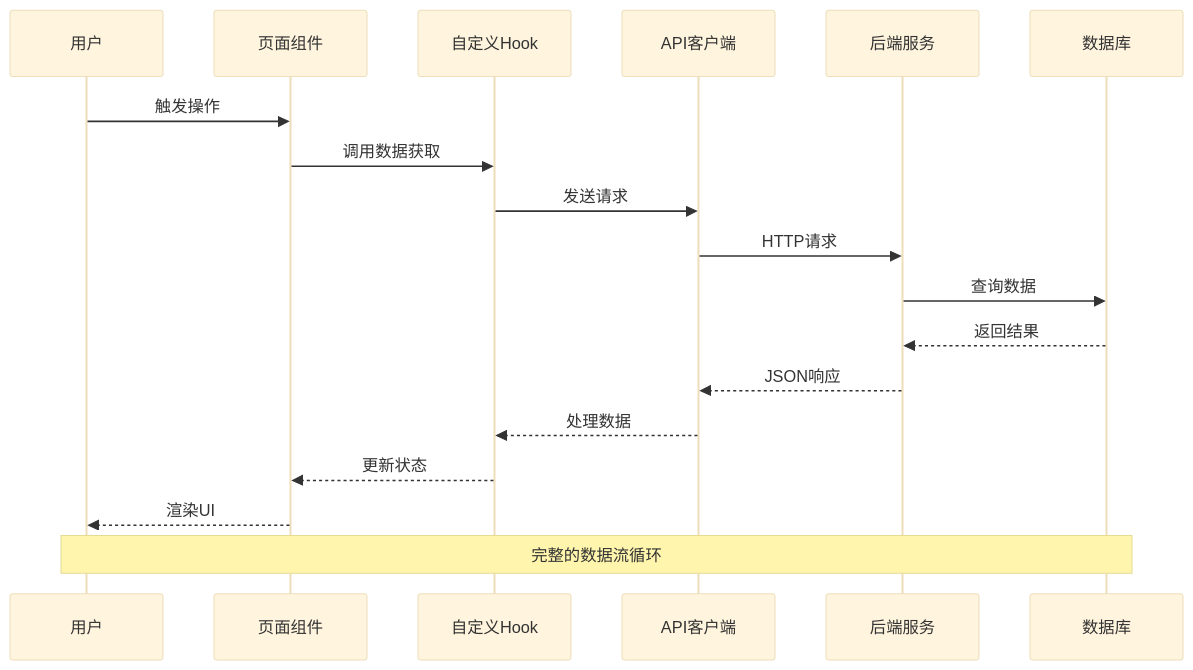
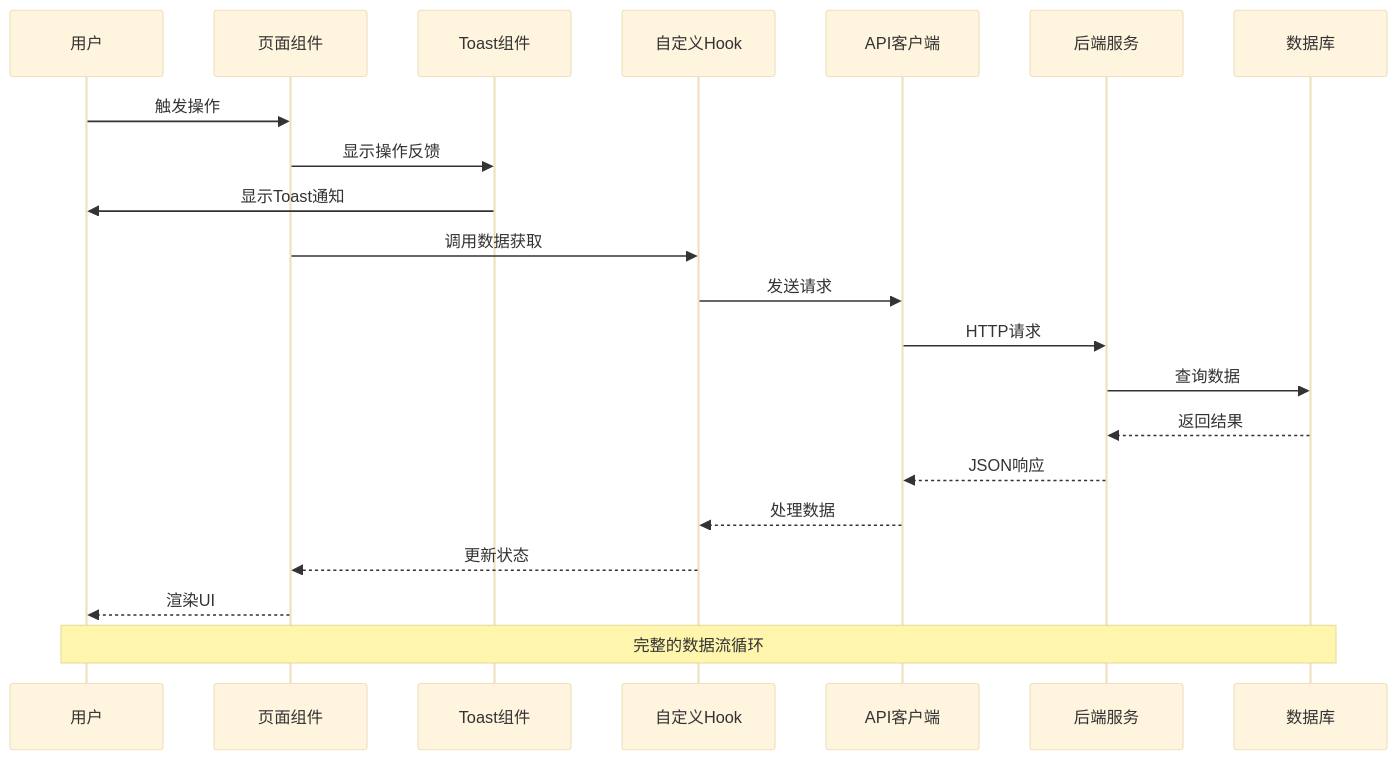
Before and after one commit to leimu-hue/AI-Trend-Tool: the third of 13 diagrams in .qoder/repowiki/zh/content/开发指南/前端管理页面规范.md, drawn with Mermaid (base theme). The commit also changed other lines of this file and 5 other files, not shown here.

````diff
--- a/.qoder/repowiki/zh/content/开发指南/前端管理页面规范.md
+++ b/.qoder/repowiki/zh/content/开发指南/前端管理页面规范.md
@@ -177,20 +201,23 @@
 ```mermaid
 sequenceDiagram
 participant User as 用户
 participant Page as 页面组件
+participant Toast as Toast组件
 participant Hook as 自定义Hook
 participant API as API客户端
 participant Service as 后端服务
 participant DB as 数据库
 User->>Page : 触发操作
+Page->>Toast : 显示操作反馈
+Toast->>User : 显示Toast通知
 Page->>Hook : 调用数据获取
 Hook->>API : 发送请求
 API->>Service : HTTP请求
 Service->>DB : 查询数据
 DB-->>Service : 返回结果
 Service-->>API : JSON响应
 API-->>Hook : 处理数据
 Hook-->>Page : 更新状态
 Page-->>User : 渲染UI
 Note over User,DB : 完整的数据流循环
 ```
````
